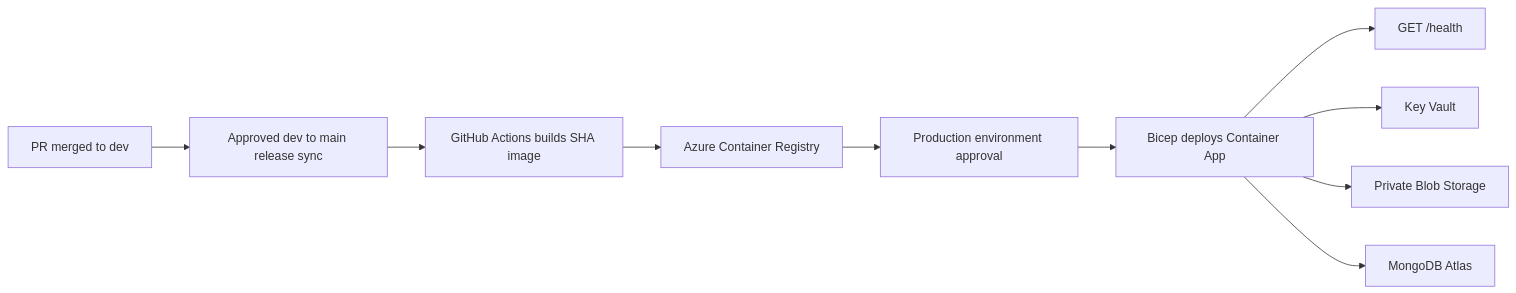
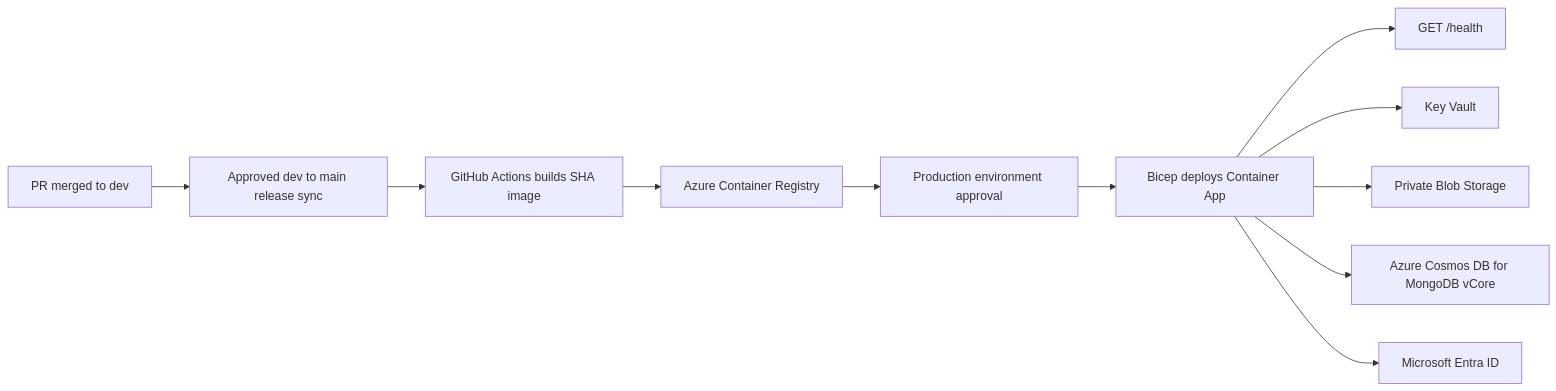
One commit to johnrogers08/LibreChat changed the diagram in docs/azure-container-apps.md. Above: the diagram before and after it, drawn with Mermaid. The commit also changed other lines of this file and 3 other files, not shown here.

````diff
--- a/docs/azure-container-apps.md
+++ b/docs/azure-container-apps.md
@@ -5,12 +5,13 @@
 ```mermaid
 flowchart LR
   PR[PR merged to dev] --> Release[Approved dev to main release sync]
   Release --> Build[GitHub Actions builds SHA image]
   Build --> ACR[Azure Container Registry]
   ACR --> Approval[Production environment approval]
   Approval --> Deploy[Bicep deploys Container App]
   Deploy --> Health[GET /health]
   Deploy --> KV[Key Vault]
   Deploy --> Blob[Private Blob Storage]
-  Deploy --> Atlas[MongoDB Atlas]
+  Deploy --> Cosmos[Azure Cosmos DB for MongoDB vCore]
+  Deploy --> Entra[Microsoft Entra ID]
 ```
````
